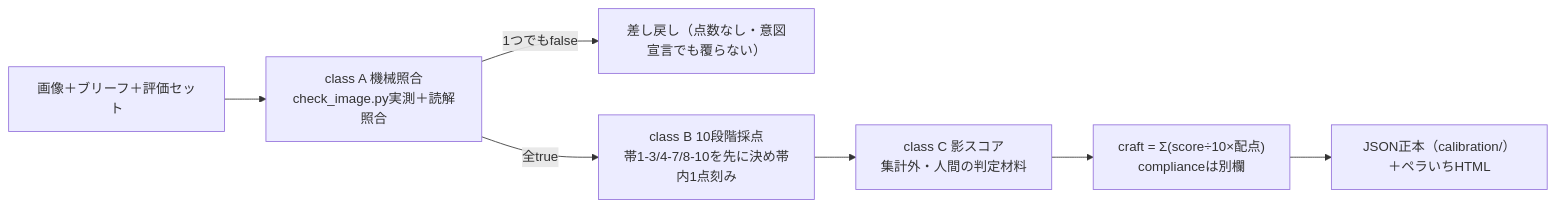
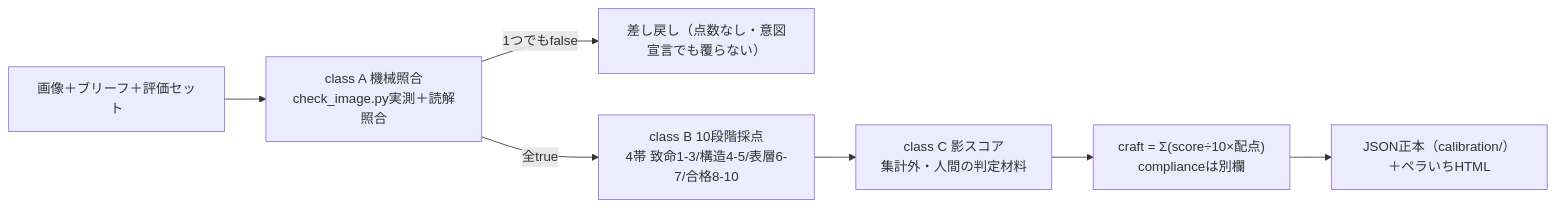
The second of 4 diagrams in docs/skills-guide.md (orimoaides/harness-skills), drawn with Mermaid before and after one commit. The commit also changed other lines of this file and 12 other files, not shown here.

First line of the commit message:
監査HIGH残件の決着: 帯4分割・意図宣言ルール・直す順一本化・二重減点解消・影スコア折りたたみ・injection防御

````diff
--- a/docs/skills-guide.md
+++ b/docs/skills-guide.md
@@ -26,9 +26,9 @@
 ```mermaid
 flowchart LR
   A["画像＋ブリーフ＋評価セット"] --> B["class A 機械照合<br>check_image.py実測＋読解照合"]
   B -->|1つでもfalse| X["差し戻し（点数なし・意図宣言でも覆らない）"]
-  B -->|全true| C["class B 10段階採点<br>帯1-3/4-7/8-10を先に決め帯内1点刻み"]
+  B -->|全true| C["class B 10段階採点<br>4帯 致命1-3/構造4-5/表層6-7/合格8-10"]
   C --> D["class C 影スコア<br>集計外・人間の判定材料"]
   D --> E["craft = Σ(score÷10×配点)<br>complianceは別欄"]
   E --> F["JSON正本（calibration/）＋ペラいちHTML"]
 ```
````
